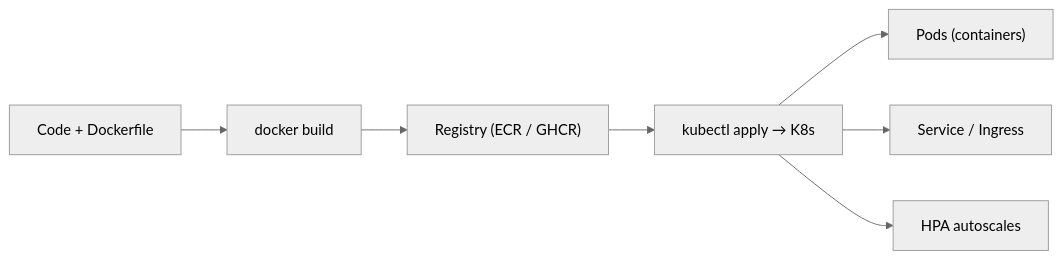
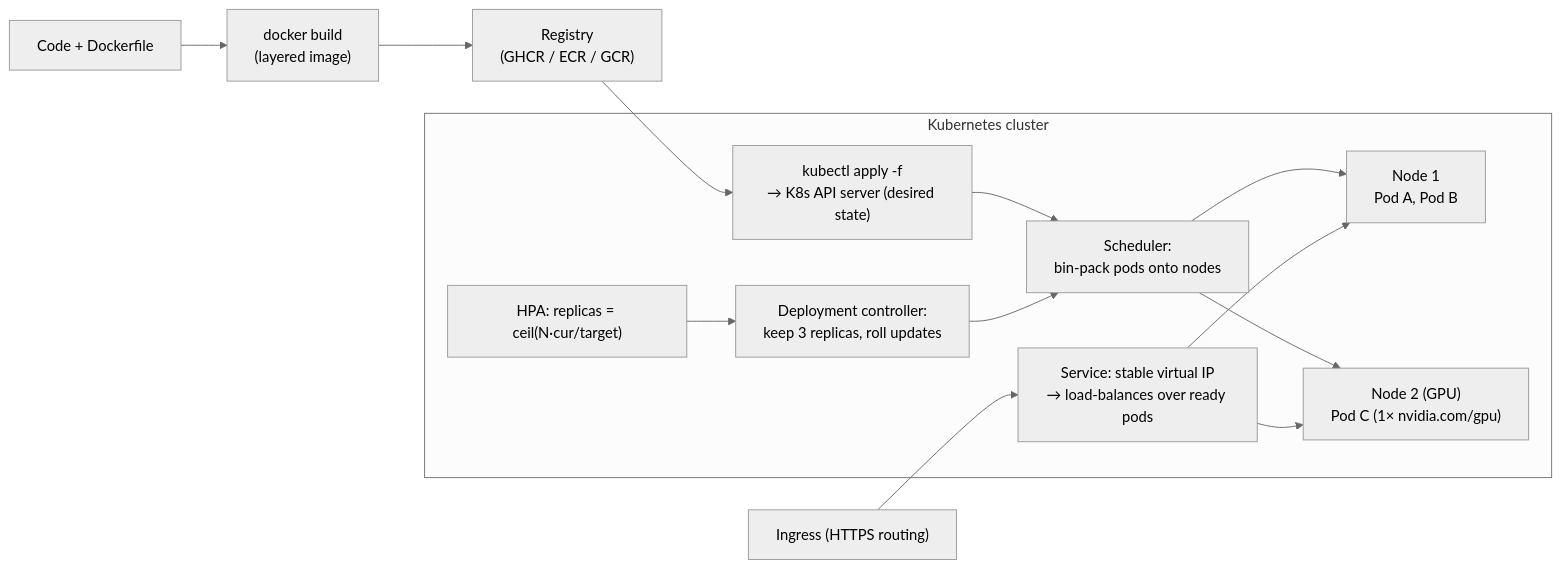
Before and after one commit to ABHIRAM3007/itp: the first of 2 diagrams in roadmap/phase-5-mlops/03-docker-k8s.md, drawn with Mermaid (neutral theme). The commit also changed other lines of this file and 16 other files, not shown here.

````diff
--- a/roadmap/phase-5-mlops/03-docker-k8s.md
+++ b/roadmap/phase-5-mlops/03-docker-k8s.md
@@ -78,9 +79,16 @@
 ```mermaid
 flowchart LR
-    Dev["Code + Dockerfile"] --> B["docker build"]
-    B --> R["Registry (ECR / GHCR)"]
-    R --> K["kubectl apply → K8s"]
-    K --> P["Pods (containers)"]
-    K --> S["Service / Ingress"]
-    K --> H["HPA autoscales"]
+    Dev["Code + Dockerfile"] --> B["docker build\n(layered image)"]
+    B --> Reg["Registry\n(GHCR / ECR / GCR)"]
+    Reg --> API["kubectl apply -f\n→ K8s API server (desired state)"]
+    subgraph Cluster["Kubernetes cluster"]
+        API --> Sched["Scheduler:\nbin-pack pods onto nodes"]
+        Sched --> N1["Node 1\nPod A, Pod B"]
+        Sched --> N2["Node 2 (GPU)\nPod C (1× nvidia.com/gpu)"]
+        Dep["Deployment controller:\nkeep 3 replicas, roll updates"] --> Sched
+        SVC["Service: stable virtual IP\n→ load-balances over ready pods"] --> N1
+        SVC --> N2
+        HPA["HPA: replicas = ceil(N·cur/target)"] --> Dep
+    end
+    ING["Ingress (HTTPS routing)"] --> SVC
 ```
````
